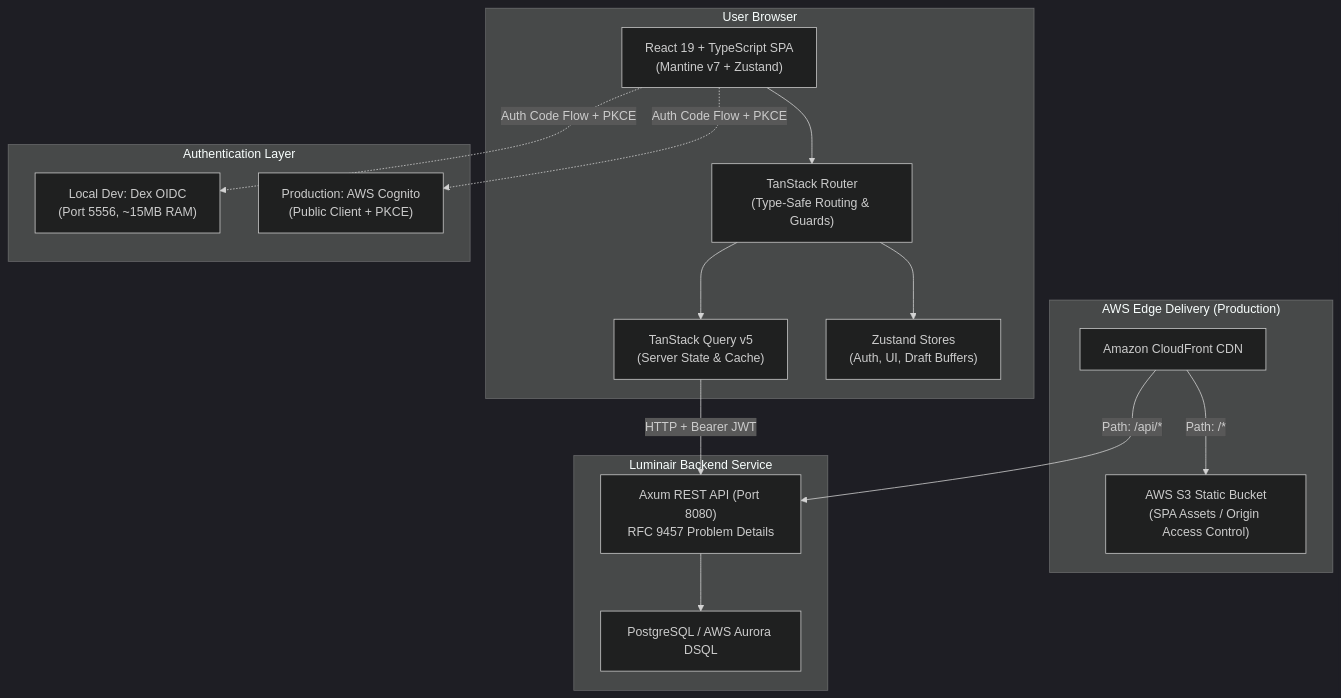
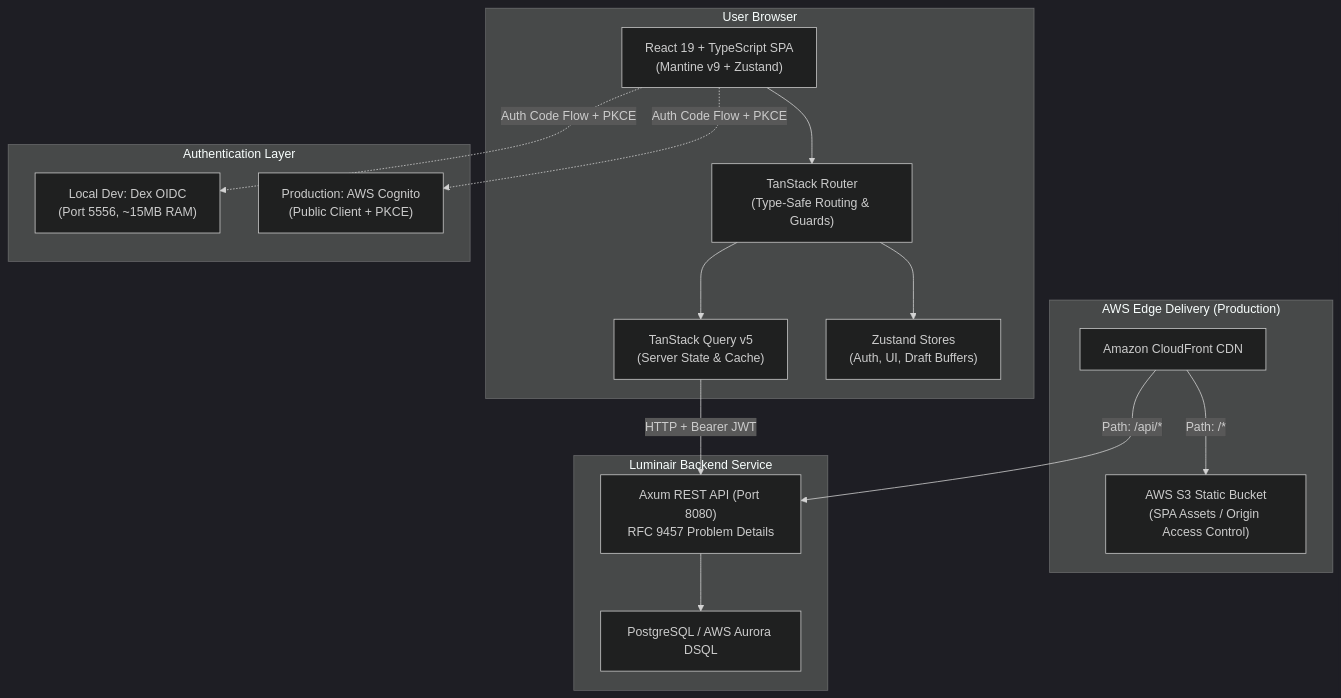
One commit to luminair-cms/luminair-system changed the first of 2 diagrams in docs/ui-architecture.md. Above: the diagram before and after it, drawn with Mermaid (dark theme). The commit also changed other lines of this file and 3 other files, not shown here.

````diff
--- a/docs/ui-architecture.md
+++ b/docs/ui-architecture.md
@@ -7,37 +9,37 @@
 ```mermaid
 flowchart TD
     subgraph Browser["User Browser"]
-        SPA["React 19 + TypeScript SPA<br/>(Mantine v7 + Zustand)"]
+        SPA["React 19 + TypeScript SPA<br/>(Mantine v9 + Zustand)"]
         Router["TanStack Router<br/>(Type-Safe Routing & Guards)"]
         Query["TanStack Query v5<br/>(Server State & Cache)"]
         Store["Zustand Stores<br/>(Auth, UI, Draft Buffers)"]
     end
 
     subgraph AuthLayer["Authentication Layer"]
         Dex["Local Dev: Dex OIDC<br/>(Port 5556, ~15MB RAM)"]
         Cognito["Production: AWS Cognito<br/>(Public Client + PKCE)"]
     end
 
     subgraph Edge["AWS Edge Delivery (Production)"]
         CloudFront["Amazon CloudFront CDN"]
         S3["AWS S3 Static Bucket<br/>(SPA Assets / Origin Access Control)"]
     end
 
     subgraph Backend["Luminair Backend Service"]
         Axum["Axum REST API (Port 8080)<br/>RFC 9457 Problem Details"]
         DSQL["PostgreSQL / AWS Aurora DSQL"]
     end
 
     SPA --> Router
     Router --> Query
     Router --> Store
 
     SPA -.->|Auth Code Flow + PKCE| Dex
     SPA -.->|Auth Code Flow + PKCE| Cognito
 
     CloudFront -->|Path: /*| S3
     CloudFront -->|Path: /api/*| Axum
 
     Query -->|HTTP + Bearer JWT| Axum
     Axum --> DSQL
 ```
````
